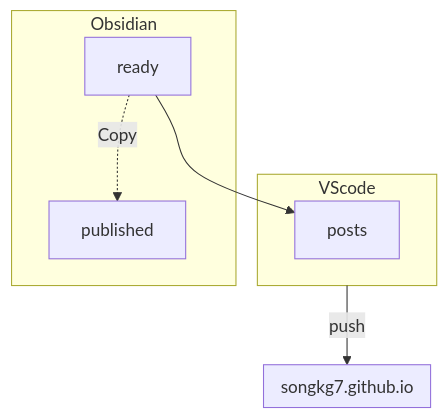
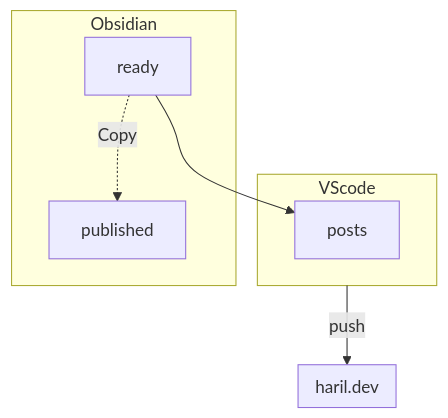
The fourth of 4 diagrams in blog/2023-04-19/blog-posting-pipeline.md (songkg7/songkg7.github.io), drawn with Mermaid before and after one commit. The commit also changed 3 other files, not shown here.

````diff
--- a/blog/2023-04-19/blog-posting-pipeline.md
+++ b/blog/2023-04-19/blog-posting-pipeline.md
@@ -82,13 +82,13 @@
 ```mermaid
 flowchart TB
     ready --> posts
     subgraph VScode
     posts
     end
     subgraph Obsidian
     ready -. Copy .-> published
     end
-    subgraph github [songkg7.github.io]
+    subgraph github [haril.dev]
     end
     VScode -- push --> github
 ```
````
